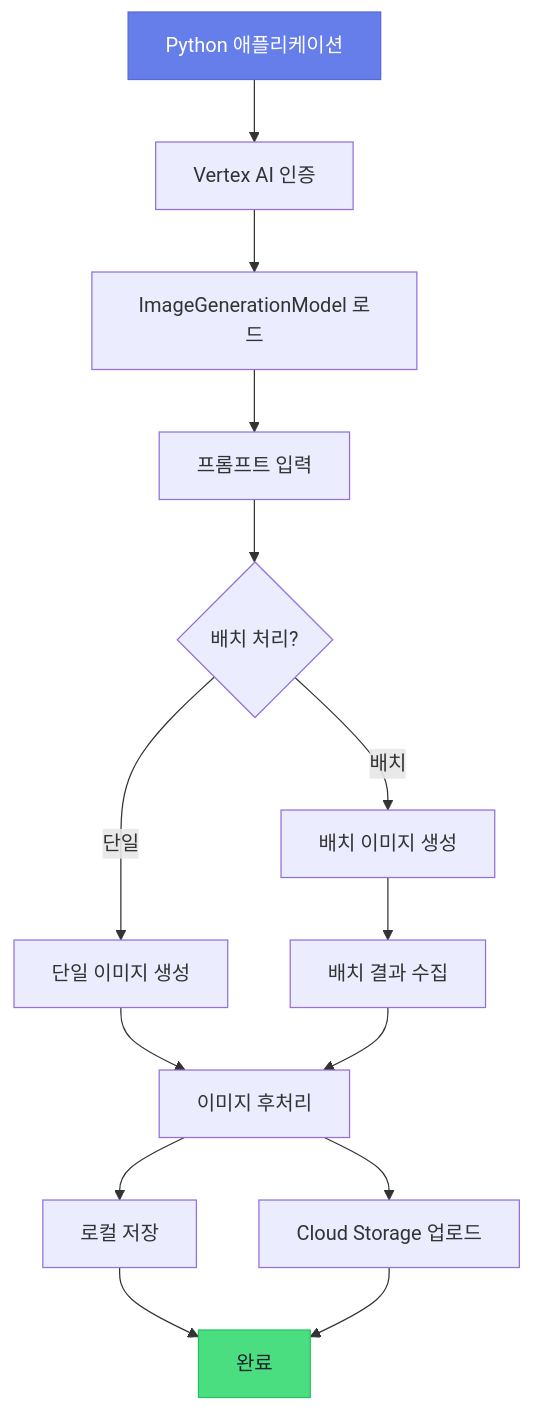
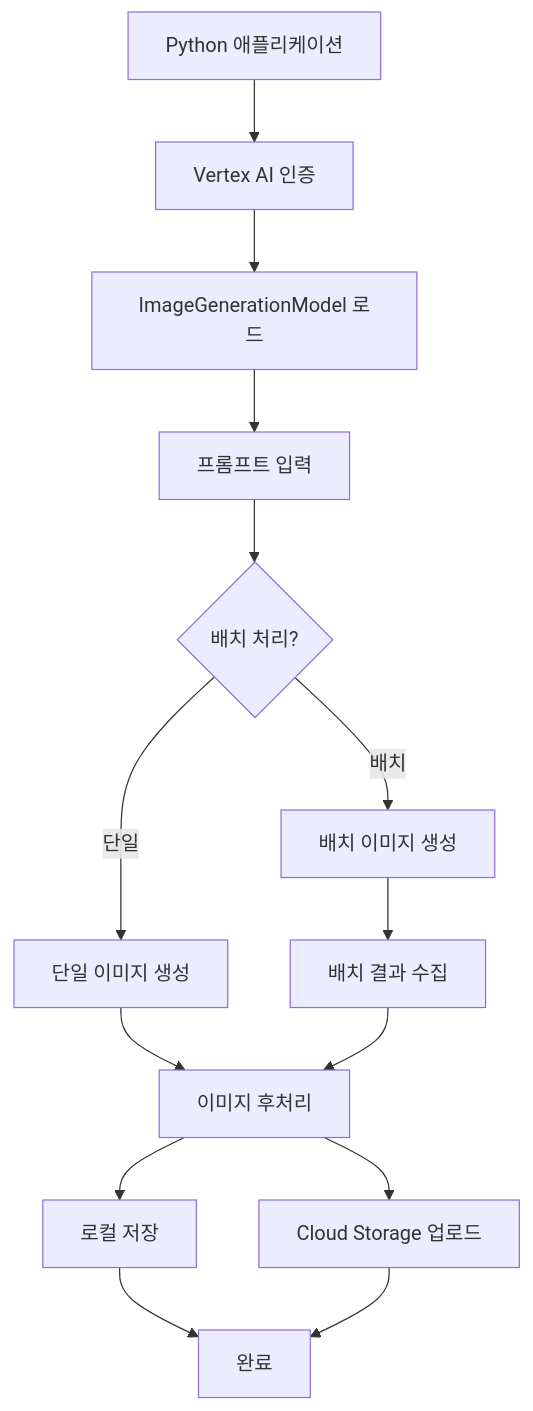
One commit to realcoding2003/realcoding.github.io changed the diagram in _posts/2025-06-06-vertex-ai-imagen-python-guide.md. Above: the diagram before and after it, drawn with Mermaid. The commit also changed 2 other files, not shown here.

Commit message:
Mermaid 다이어그램 스타일 및 기능 개선
- Mermaid 다이어그램의 초기 테마 감지 및 설정 로직 간소화
- 다크모드와 라이트모드에 따른 테마 적용 방식 개선
- 불필요한 CSS 스타일 제거 및 기본 스타일 최적화
- Mermaid 다이어그램의 반응형 디자인 및 접근성 향상
- 테스트 포스트에서 스타일 관련 코드 제거

````diff
--- a/_posts/2025-06-06-vertex-ai-imagen-python-guide.md
+++ b/_posts/2025-06-06-vertex-ai-imagen-python-guide.md
@@ -195,23 +195,22 @@
 ```mermaid
 graph TD
     A[Python 애플리케이션] --> B[Vertex AI 인증]
     B --> C[ImageGenerationModel 로드]
     C --> D[프롬프트 입력]
     D --> E{배치 처리?}
     
     E -->|단일| F[단일 이미지 생성]
     E -->|배치| G[배치 이미지 생성]
     
     F --> H[이미지 후처리]
     G --> I[배치 결과 수집]
     I --> H
     
     H --> J[로컬 저장]
     H --> K[Cloud Storage 업로드]
     
     J --> L[완료]
     K --> L
     
-    style A fill:#667eea,stroke:#5a67d8,color:#fff
-    style L fill:#4ade80,stroke:#22c55e,color:#1a202c
+
 ```
````
